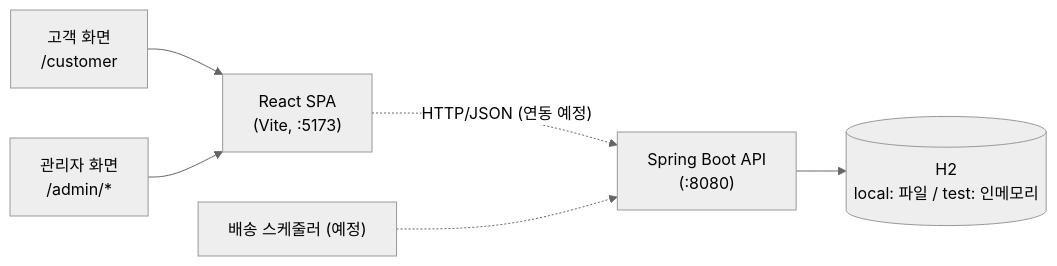
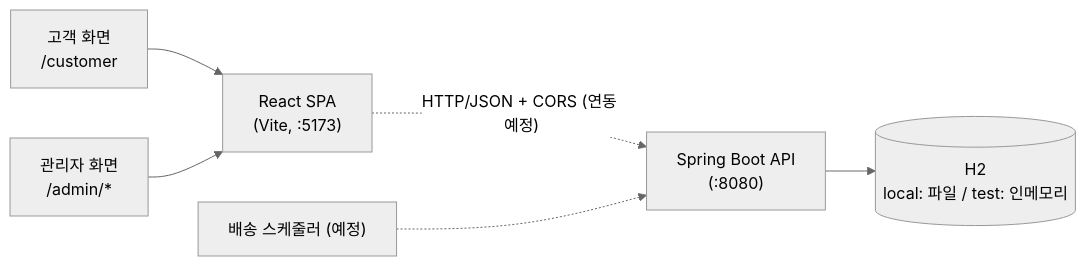
One commit to prgrms-be-devcourse/NBE14-16-1-team2 changed the diagram in README.md. Above: the diagram before and after it, drawn with Mermaid (neutral theme). The commit also changed other lines of this file, not shown here.

Commit message:
docs: API 목록·공통 응답·예외·CORS·WBS 표 README 반영

````diff
--- a/README.md
+++ b/README.md
@@ -152,8 +155,8 @@
 ```mermaid
 flowchart LR
     C["고객 화면<br/>/customer"] --> FE["React SPA<br/>(Vite, :5173)"]
     A["관리자 화면<br/>/admin/*"] --> FE
-    FE -. "HTTP/JSON (연동 예정)" .-> BE["Spring Boot API<br/>(:8080)"]
+    FE -. "HTTP/JSON + CORS (연동 예정)" .-> BE["Spring Boot API<br/>(:8080)"]
     BE --> DB[("H2<br/>local: 파일 / test: 인메모리")]
     SCH["배송 스케줄러 (예정)"] -.-> BE
 ```
````
